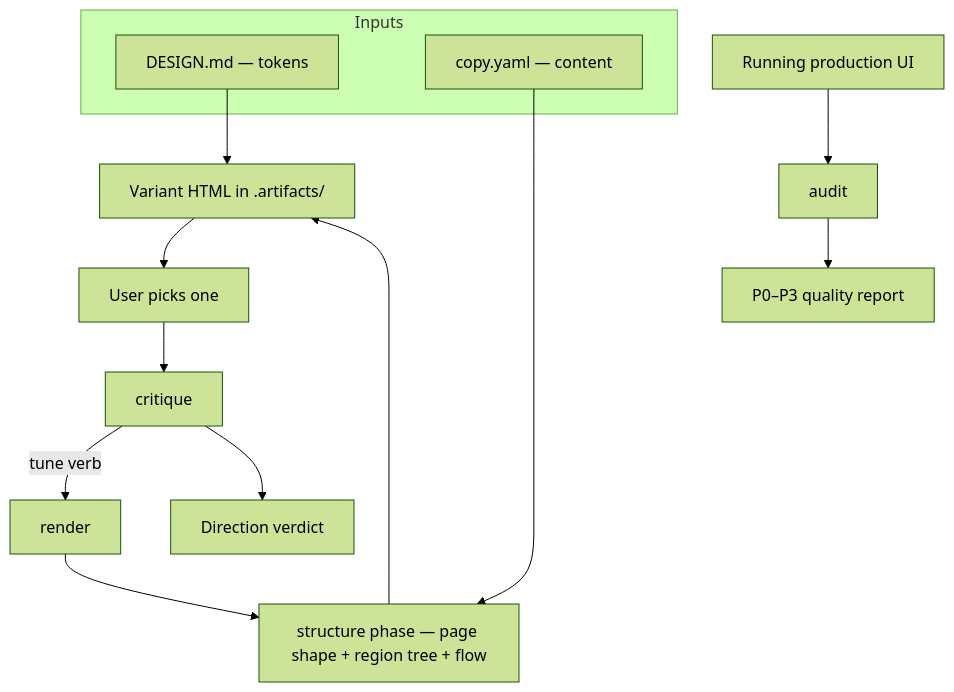
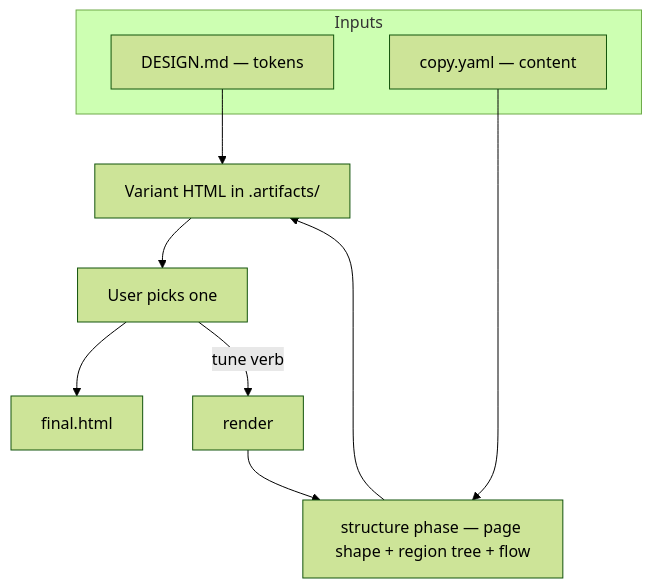
The diagram in skills/product/craft-ui/README.md (adeonir/agent-skills), drawn with Mermaid (forest theme) before and after one commit. The commit also changed other lines of this file and 27 other files, not shown here.

First line of the commit message:
refactor(craft-ui): drop the critique and audit modes

````diff
--- a/skills/product/craft-ui/README.md
+++ b/skills/product/craft-ui/README.md
@@ -7,17 +7,14 @@
 ```mermaid
 flowchart TD
     subgraph inputs[Inputs]
       D[DESIGN.md — tokens]
       C[copy.yaml — content]
     end
     R[render] --> ST[structure phase — page shape + region tree + flow]
     C --> ST
     ST --> V[Variant HTML in .artifacts/]
     D --> V
     V --> Pick[User picks one]
-    Pick --> Cr[critique]
-    Cr -->|tune verb| R
-    Cr --> DV[Direction verdict]
-    UI[Running production UI] --> Au[audit]
-    Au --> RP[P0–P3 quality report]
+    Pick --> F[final.html]
+    Pick -->|tune verb| R
 ```
````
